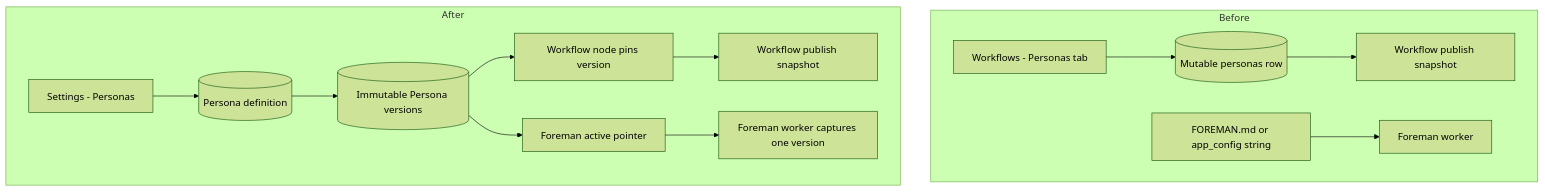
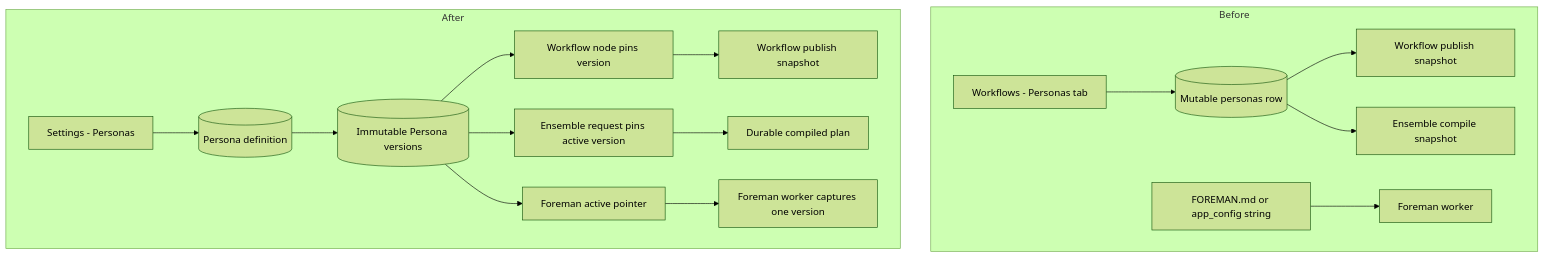
The second of 2 diagrams in docs/plans/persona-versioning-and-foreman/plan.md (teamupstart/mission-control), drawn with Mermaid (forest theme) before and after one commit. The commit also changed other lines of this file and 1 other file, not shown here.

Commit message:
no-mistakes(review): Align Persona plan with ensemble version pinning

````diff
--- a/docs/plans/persona-versioning-and-foreman/plan.md
+++ b/docs/plans/persona-versioning-and-foreman/plan.md
@@ -388,17 +456,20 @@
 ```mermaid
 flowchart TB
   subgraph Before
     WP[Workflows - Personas tab] --> ROW[(Mutable personas row)]
     ROW --> PUB[Workflow publish snapshot]
+    ROW --> ECOMP[Ensemble compile snapshot]
     FM[FOREMAN.md or app_config string] --> FW[Foreman worker]
   end
 
   subgraph After
     PS[Settings - Personas] --> DEF[(Persona definition)]
     DEF --> VER[(Immutable Persona versions)]
     VER --> PIN[Workflow node pins version]
     PIN --> PUB2[Workflow publish snapshot]
+    VER --> EPIN[Ensemble request pins active version]
+    EPIN --> PLAN[Durable compiled plan]
     VER --> ACTIVE[Foreman active pointer]
     ACTIVE --> FW2[Foreman worker captures one version]
   end
 ```
````
